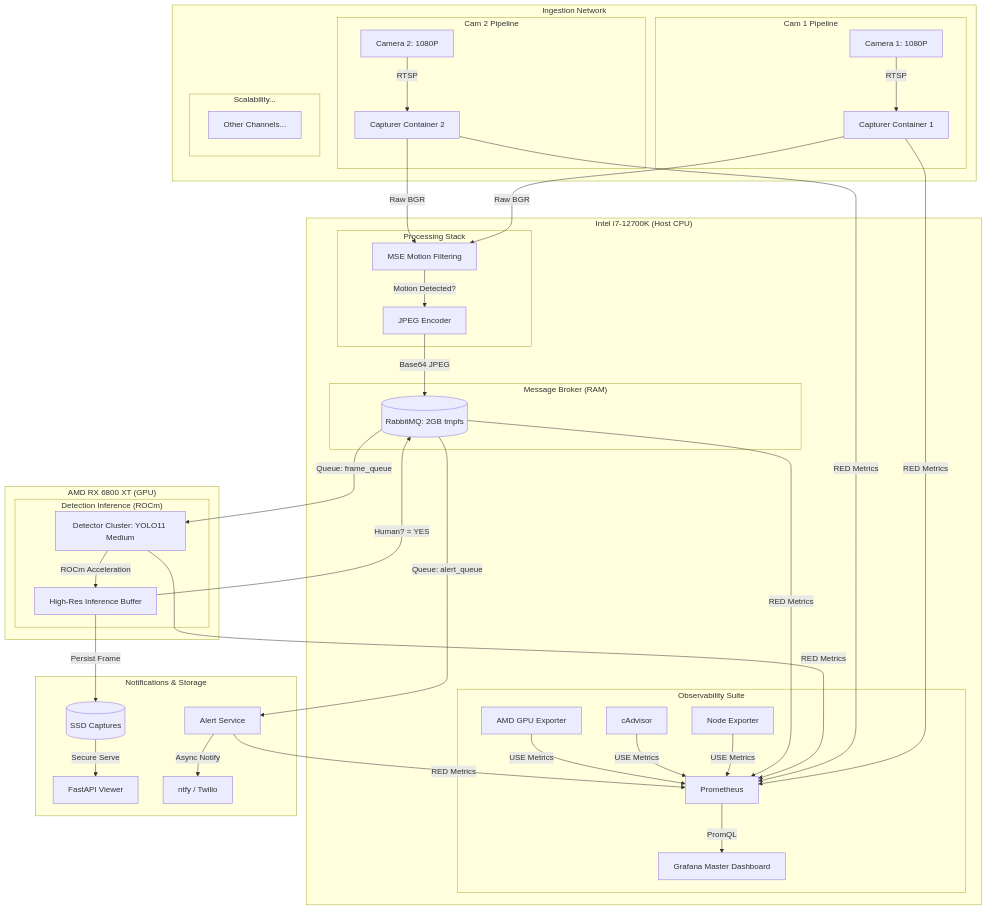
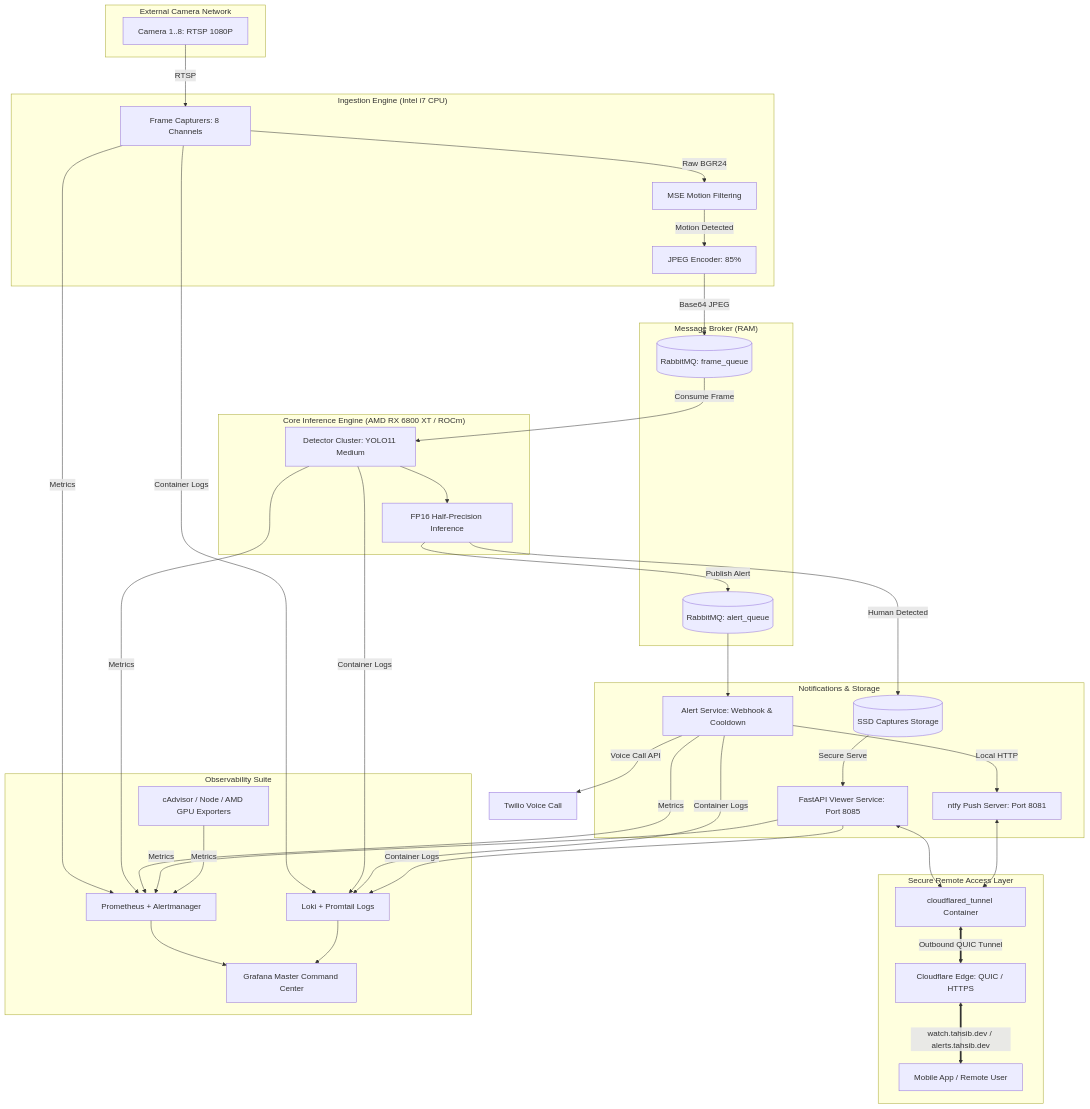
Before and after one commit to Tahsib/IntruderWatch: the diagram in README.md, drawn with Mermaid. The commit also changed 6 other files, not shown here.

````diff
--- a/README.md
+++ b/README.md
@@ -9,69 +9,70 @@
 ```mermaid
 graph TD
-    subgraph "Ingestion Network"
-        subgraph "Cam 1 Pipeline"
-            C1[Camera 1: 1080P]
-            FC1[Capturer Container 1]
-        end
-        subgraph "Cam 2 Pipeline"
-            C2[Camera 2: 1080P]
-            FC2[Capturer Container 2]
-        end
-        subgraph "Scalability..."
-            CX[Other Channels...]
-        end
+    subgraph "External Camera Network"
+        C1[Camera 1..8: RTSP 1080P]
     end
 
-    subgraph "Intel i7-12700K (Host CPU)"
-        subgraph "Processing Stack"
-            MSE[MSE Motion Filtering]
-            ENC[JPEG Encoder]
-        end
-
-        subgraph "Message Broker (RAM)"
-            RMQ[(RabbitMQ: 2GB tmpfs)]
-        end
-
-        subgraph "Observability Suite"
-            PROM[Prometheus]
-            GRAF[Grafana Master Dashboard]
-            CADV[cAdvisor]
-            NODE[Node Exporter]
-            GPU_EXP[AMD GPU Exporter]
-        end
+    subgraph "Ingestion Engine (Intel i7 CPU)"
+        FC[Frame Capturers: 8 Channels]
+        MSE[MSE Motion Filtering]
+        ENC[JPEG Encoder: 85%]
     end
 
-    subgraph "AMD RX 6800 XT (GPU)"
-        subgraph "Detection Inference (ROCm)"
-            DET[Detector Cluster: YOLO11 Medium]
-            BUF[High-Res Inference Buffer]
-        end
+    subgraph "Message Broker (RAM)"
+        RMQ_F[(RabbitMQ: frame_queue)]
+        RMQ_A[(RabbitMQ: alert_queue)]
+    end
+
+    subgraph "Core Inference Engine (AMD RX 6800 XT / ROCm)"
+        DET[Detector Cluster: YOLO11 Medium]
+        FP16[FP16 Half-Precision Inference]
     end
 
     subgraph "Notifications & Storage"
-        ALRT[Alert Service]
-        VIEW[FastAPI Viewer]
-        NOTI[ntfy / Twilio]
-        DISK[(SSD Captures)]
+        DISK[(SSD Captures Storage)]
+        VIEW[FastAPI Viewer Service: Port 8085]
+        NTFY[ntfy Push Server: Port 8081]
+        ALRT[Alert Service: Webhook & Cooldown]
     end
 
-    %% Traffic Flow
-    C1 -- "RTSP" --> FC1
-    C2 -- "RTSP" --> FC2
+    subgraph "Secure Remote Access Layer"
+        TUNNEL[cloudflared_tunnel Container]
+        CF[Cloudflare Edge: QUIC / HTTPS]
+        PHONE[Mobile App / Remote User]
+    end
 
-    FC1 & FC2 -- "Raw BGR" --> MSE
-    MSE -- "Motion Detected?" --> ENC
-    ENC -- "Base64 JPEG" --> RMQ
-    RMQ -- "Queue: frame_queue" --> DET
-    DET -- "ROCm Acceleration" --> BUF
-    BUF -- "Human? = YES" --> RMQ
-    RMQ -- "Queue: alert_queue" --> ALRT
-    BUF -- "Persist Frame" --> DISK
-    ALRT -- "Async Notify" --> NOTI
+    subgraph "Observability Suite"
+        PROM[Prometheus + Alertmanager]
+        GRAF[Grafana Master Command Center]
+        LOKI[Loki + Promtail Logs]
+        EXP[cAdvisor / Node / AMD GPU Exporters]
+    end
+
+    %% Ingestion Flow
+    C1 -- "RTSP" --> FC
+    FC -- "Raw BGR24" --> MSE
+    MSE -- "Motion Detected" --> ENC
+    ENC -- "Base64 JPEG" --> RMQ_F
+
+    %% Detection Flow
+    RMQ_F -- "Consume Frame" --> DET
+    DET --> FP16
+    FP16 -- "Human Detected" --> DISK
+    FP16 -- "Publish Alert" --> RMQ_A
+
+    %% Alerting Flow
+    RMQ_A --> ALRT
+    ALRT -- "Local HTTP" --> NTFY
+    ALRT -- "Voice Call API" --> TWILIO[Twilio Voice Call]
+
+    %% Remote Access Flow
     DISK -- "Secure Serve" --> VIEW
+    VIEW & NTFY <--> TUNNEL
+    TUNNEL <== "Outbound QUIC Tunnel" ==> CF
+    CF <== "watch.tahsib.dev / alerts.tahsib.dev" ==> PHONE
 
-    %% Monitoring Flow
-    FC1 & FC2 & DET & ALRT & RMQ -- "RED Metrics" --> PROM
-    NODE & CADV & GPU_EXP -- "USE Metrics" --> PROM
-    PROM -- "PromQL" --> GRAF
+    %% Observability Flow
+    FC & DET & ALRT & VIEW & EXP -- "Metrics" --> PROM
+    FC & DET & ALRT & VIEW -- "Container Logs" --> LOKI
+    PROM & LOKI --> GRAF
 ```
````
